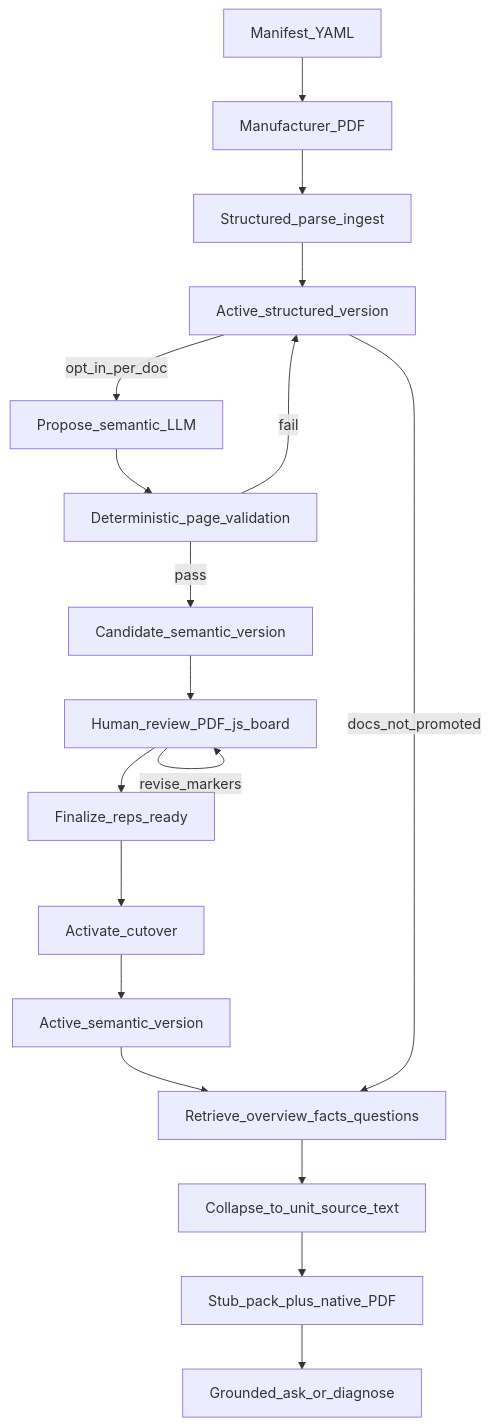
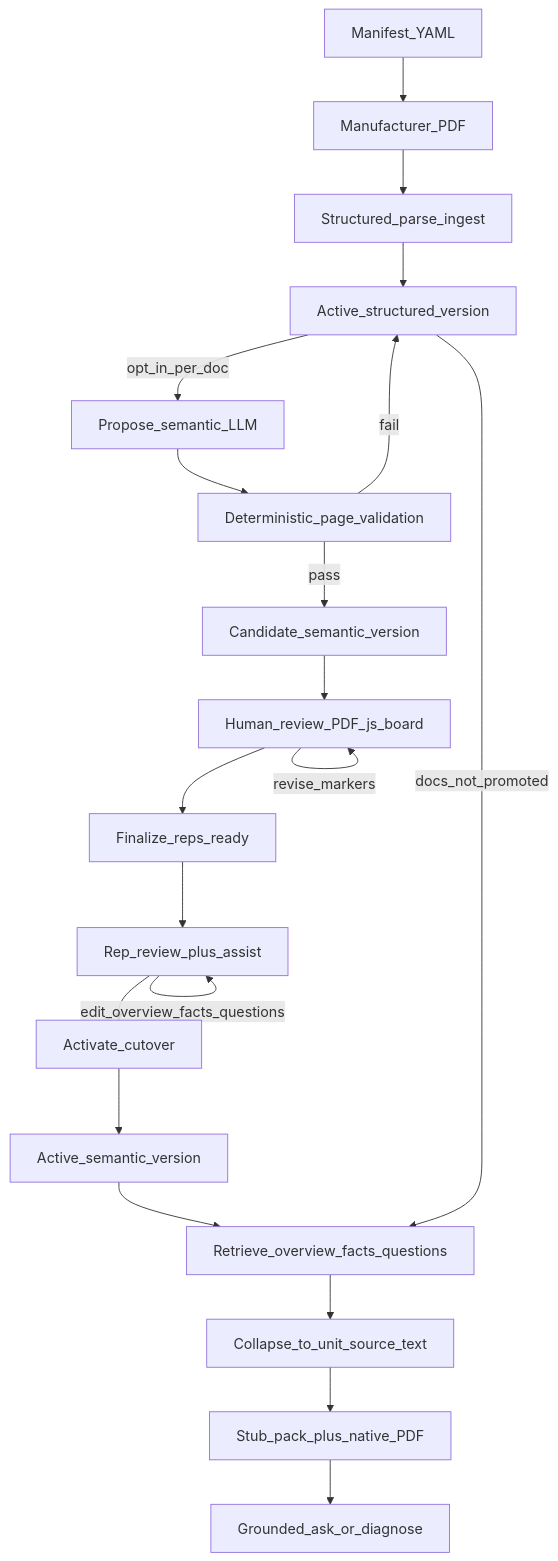
One commit to raghuram-chittibomma/ai-repair-assistant changed the first of 3 diagrams in docs/architecture/08-semantic-curator-to-generate.md. Above: the diagram before and after it, drawn with Mermaid. The commit also changed other lines of this file and 15 other files, not shown here.

First line of the commit message:
Add Review reps board and suggest-only corpus assist (ADR-0053).

````diff
--- a/docs/architecture/08-semantic-curator-to-generate.md
+++ b/docs/architecture/08-semantic-curator-to-generate.md
@@ -37,36 +38,39 @@
 ```mermaid
 flowchart TD
   manifest[Manifest_YAML]
   pdf[Manufacturer_PDF]
   structured[Structured_parse_ingest]
   activeStruct[Active_structured_version]
   propose[Propose_semantic_LLM]
   validate[Deterministic_page_validation]
   candidate[Candidate_semantic_version]
   board[Human_review_PDF_js_board]
   finalize[Finalize_reps_ready]
+  repReview[Rep_review_plus_assist]
   activate[Activate_cutover]
   activeSem[Active_semantic_version]
   retrieve[Retrieve_overview_facts_questions]
   collapse[Collapse_to_unit_source_text]
   pack[Stub_pack_plus_native_PDF]
   answer[Grounded_ask_or_diagnose]
 
   manifest --> pdf
   pdf --> structured
   structured --> activeStruct
   activeStruct -->|opt_in_per_doc| propose
   propose --> validate
   validate -->|fail| activeStruct
   validate -->|pass| candidate
   candidate --> board
   board -->|revise_markers| board
   board --> finalize
-  finalize --> activate
+  finalize --> repReview
+  repReview -->|edit_overview_facts_questions| repReview
+  repReview --> activate
   activate --> activeSem
   activeSem --> retrieve
   retrieve --> collapse
   collapse --> pack
   pack --> answer
   activeStruct -->|docs_not_promoted| retrieve
 ```
````
